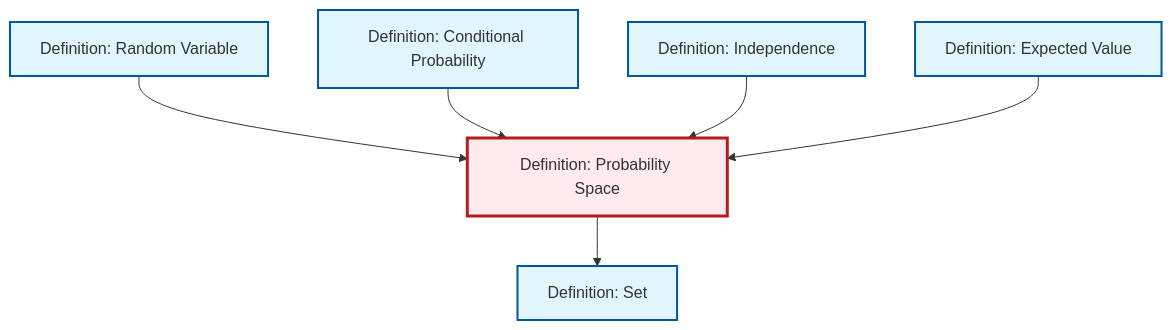
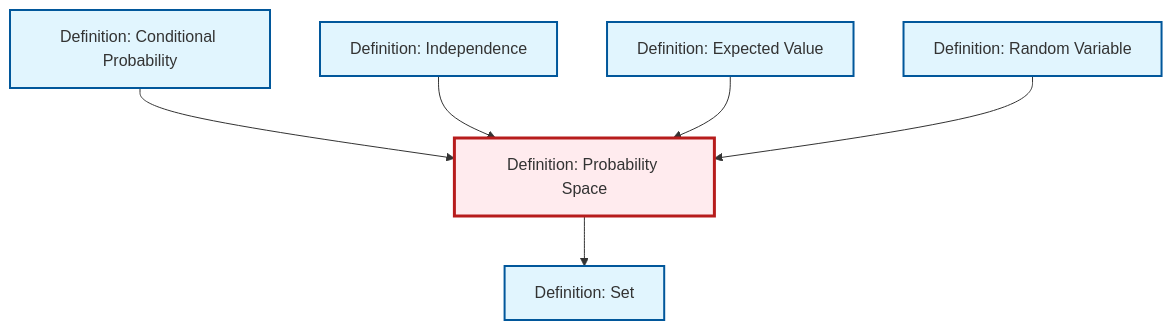
Before and after one commit to RK0429/ModernMath: the diagram in output/mermaid/def-probability-space.mermaid, drawn with Mermaid. The commit also changed other lines of this file and 497 other files, not shown here.

```diff
--- a/output/mermaid/def-probability-space.mermaid
+++ b/output/mermaid/def-probability-space.mermaid
@@ -1,19 +1,19 @@
 %%| fig-cap: "Local dependency graph"
 graph TD
     classDef definition fill:#e1f5fe,stroke:#01579b,stroke-width:2px
     classDef theorem fill:#f3e5f5,stroke:#4a148c,stroke-width:2px
     classDef axiom fill:#fff3e0,stroke:#e65100,stroke-width:2px
     classDef example fill:#e8f5e9,stroke:#1b5e20,stroke-width:2px
     classDef current fill:#ffebee,stroke:#b71c1c,stroke-width:3px
+    def-random-variable["Definition: Random Variable"]:::definition
     def-conditional-probability["Definition: Conditional Probability"]:::definition
-    def-probability-space["Definition: Probability Space"]:::definition
     def-expectation["Definition: Expected Value"]:::definition
     def-set["Definition: Set"]:::definition
-    def-random-variable["Definition: Random Variable"]:::definition
     def-independence["Definition: Independence"]:::definition
-    def-random-variable --> def-probability-space
+    def-probability-space["Definition: Probability Space"]:::definition
     def-conditional-probability --> def-probability-space
-    def-probability-space --> def-set
     def-independence --> def-probability-space
     def-expectation --> def-probability-space
+    def-probability-space --> def-set
+    def-random-variable --> def-probability-space
     class def-probability-space current
```
